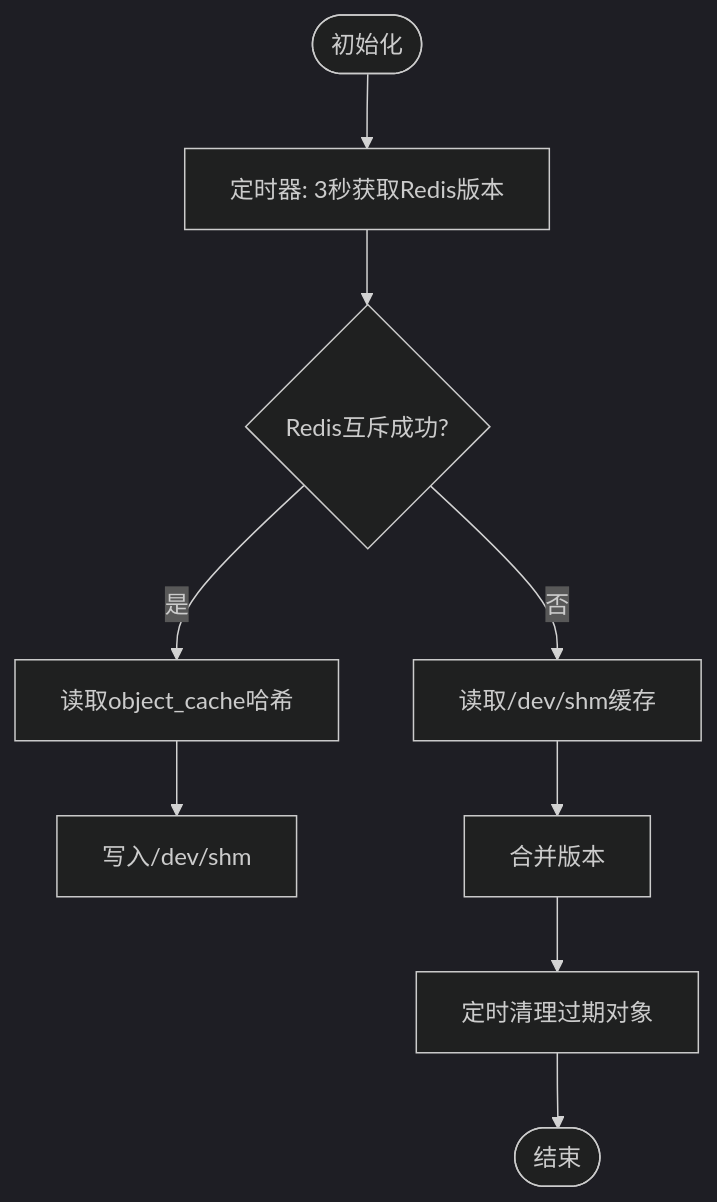
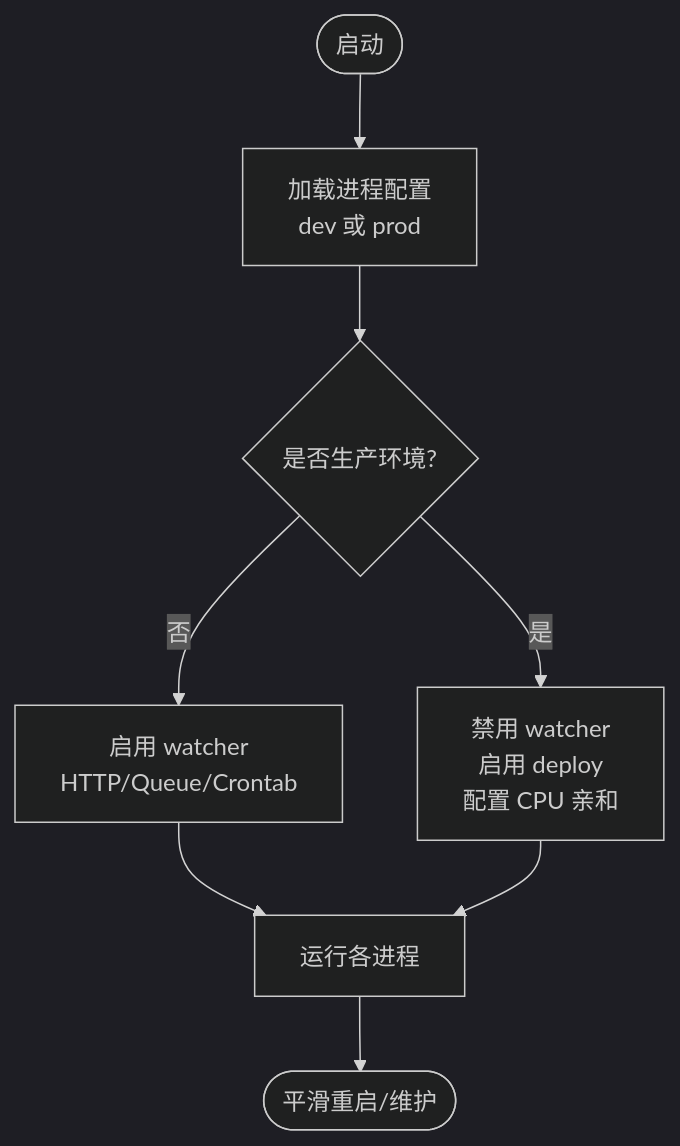
One commit to sxlianlinbin/process_rules changed the fifth of 7 diagrams in repowiki/zh/content/项目概述.md. Above: the diagram before and after it, drawn with Mermaid (dark theme). The commit also changed other lines of this file and 207 other files, not shown here.

````diff
--- a/repowiki/zh/content/项目概述.md
+++ b/repowiki/zh/content/项目概述.md
@@ -236,11 +250,10 @@
 ```mermaid
 flowchart TD
-Start(["初始化"]) --> Tick1["定时器: 3秒获取Redis版本"]
-Tick1 --> Mutex{"Redis互斥成功?"}
-Mutex --> |是| ReadRedis["读取object_cache哈希"]
-Mutex --> |否| ReadShm["读取/dev/shm缓存"]
-ReadRedis --> WriteShm["写入/dev/shm"]
-ReadShm --> Merge["合并版本"]
-Merge --> Clean["定时清理过期对象"]
-Clean --> End(["结束"])
+Start(["启动"]) --> LoadCfg["加载进程配置<br/>dev 或 prod"]
+LoadCfg --> Decide{"是否生产环境?"}
+Decide --> |否| Dev["启用 watcher<br/>HTTP/Queue/Crontab"]
+Decide --> |是| Prod["禁用 watcher<br/>启用 deploy<br/>配置 CPU 亲和"]
+Dev --> Run["运行各进程"]
+Prod --> Run
+Run --> End(["平滑重启/维护"])
 ```
````
